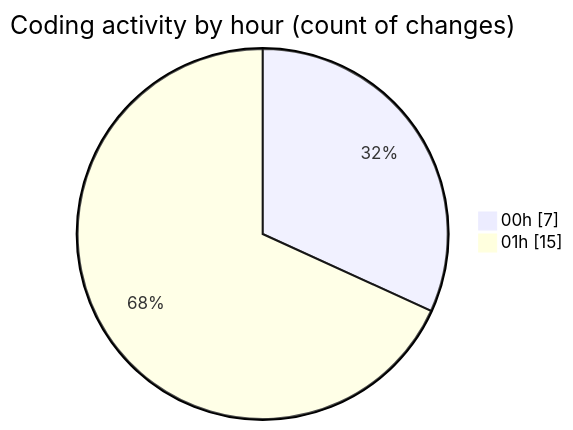
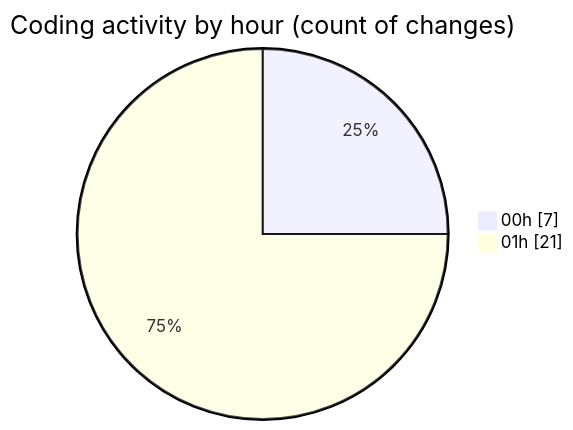
One commit to EIIisD/code-tracking changed the second of 2 diagrams in 2025-08-06/tw-server/README.md. Above: the diagram before and after it, drawn with Mermaid. The commit also changed other lines of this file and 1 other file, not shown here.

````diff
--- a/2025-08-06/tw-server/README.md
+++ b/2025-08-06/tw-server/README.md
@@ -33,6 +34,6 @@
 ```mermaid
 pie showData
 title Coding activity by hour (count of changes)
 "00h" : 7
-"01h" : 15
+"01h" : 21
 ```
````
